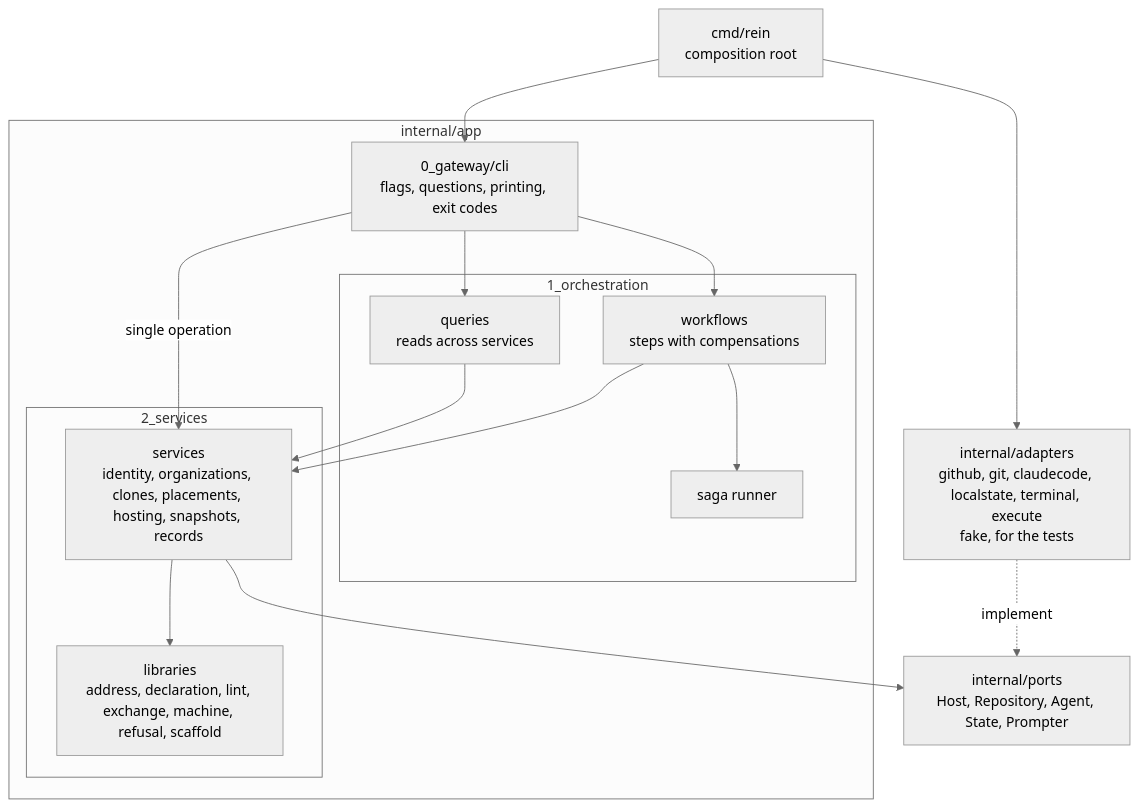
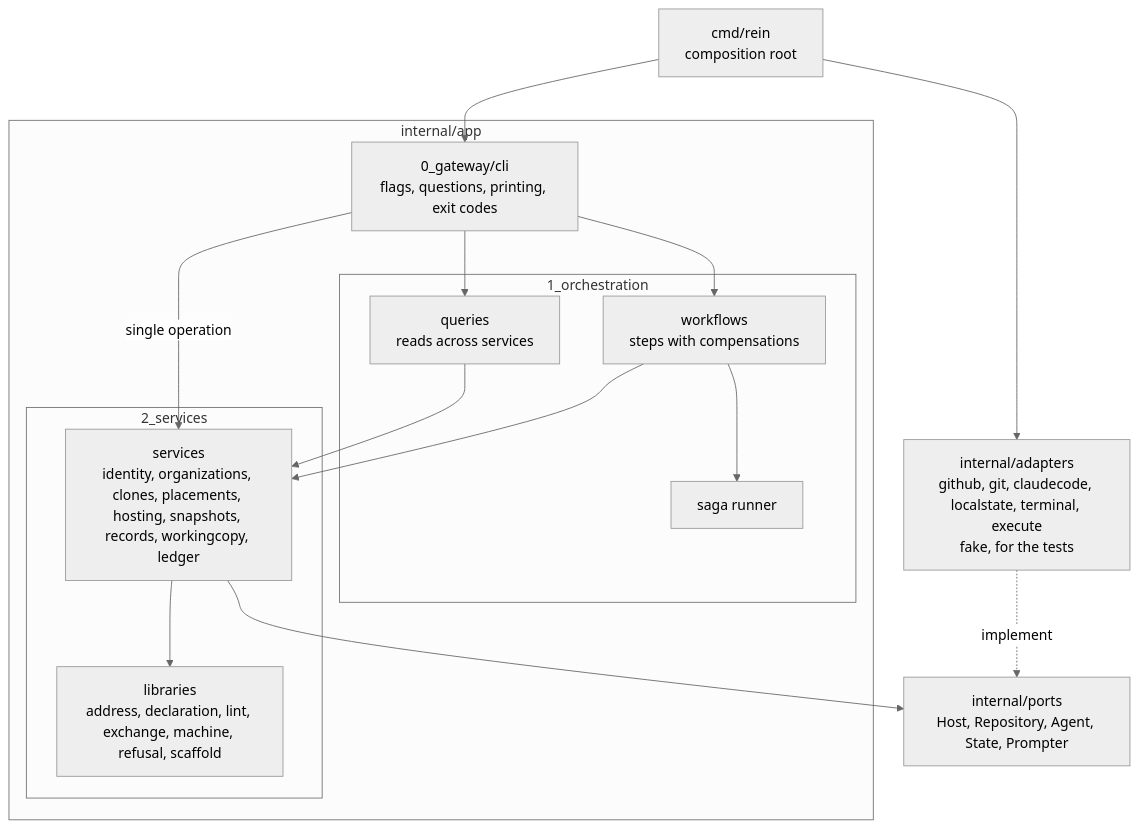
The diagram in docs/architecture.md (Danidani23/agents-rein), drawn with Mermaid (neutral theme) before and after one commit. The commit also changed other lines of this file and 24 other files, not shown here.

````diff
--- a/docs/architecture.md
+++ b/docs/architecture.md
@@ -18,30 +18,30 @@
 ```mermaid
 flowchart TB
     main["cmd/rein<br/>composition root"]
     subgraph app["internal/app"]
         gateway["0_gateway/cli<br/>flags, questions, printing, exit codes"]
         subgraph orchestration["1_orchestration"]
             workflows["workflows<br/>steps with compensations"]
             queries["queries<br/>reads across services"]
             runner["saga runner"]
         end
         subgraph services["2_services"]
-            svc["services<br/>identity, organizations, clones, placements, hosting, snapshots, records"]
+            svc["services<br/>identity, organizations, clones, placements, hosting, snapshots, records, workingcopy, ledger"]
             libs["libraries<br/>address, declaration, lint, exchange, machine, refusal, scaffold"]
         end
     end
     ports["internal/ports<br/>Host, Repository, Agent, State, Prompter"]
     adapters["internal/adapters<br/>github, git, claudecode, localstate, terminal, execute<br/>fake, for the tests"]
 
     main --> gateway
     main --> adapters
     gateway --> workflows
     gateway --> queries
     gateway -- "single operation" --> svc
     workflows --> runner
     workflows --> svc
     queries --> svc
     svc --> ports
     svc --> libs
     adapters -. implement .-> ports
 ```
````
